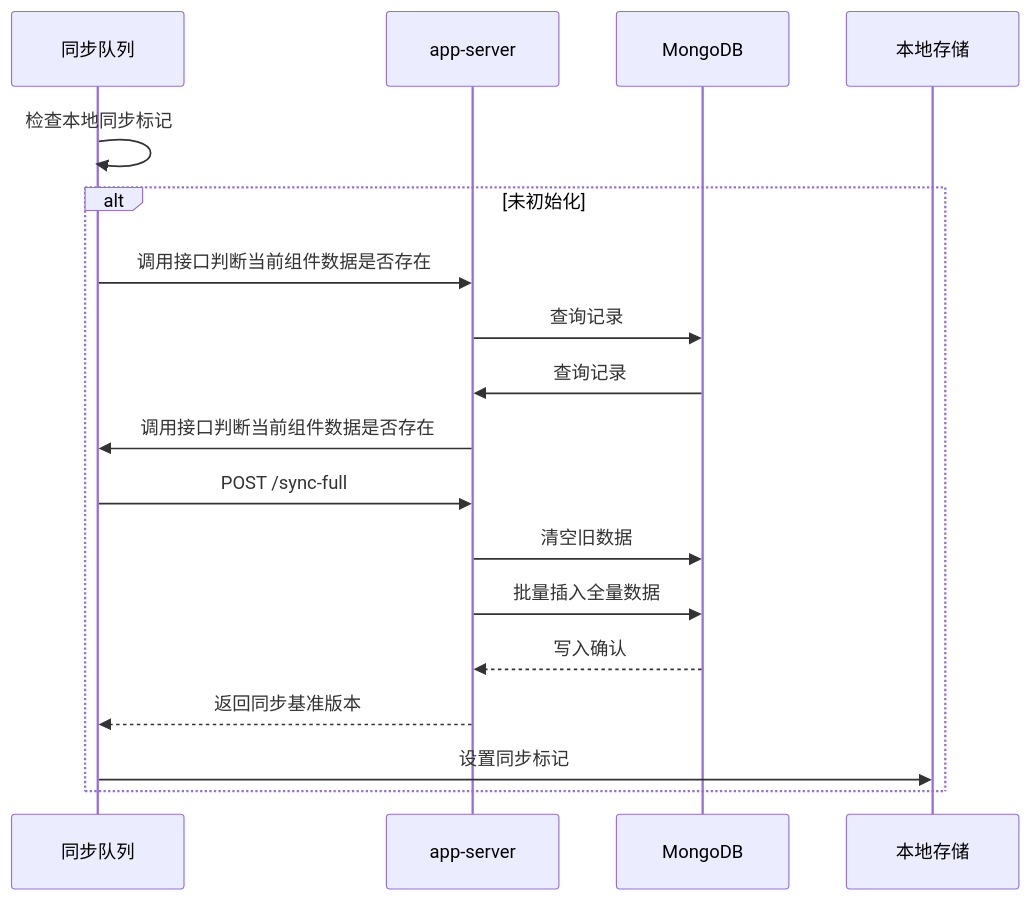
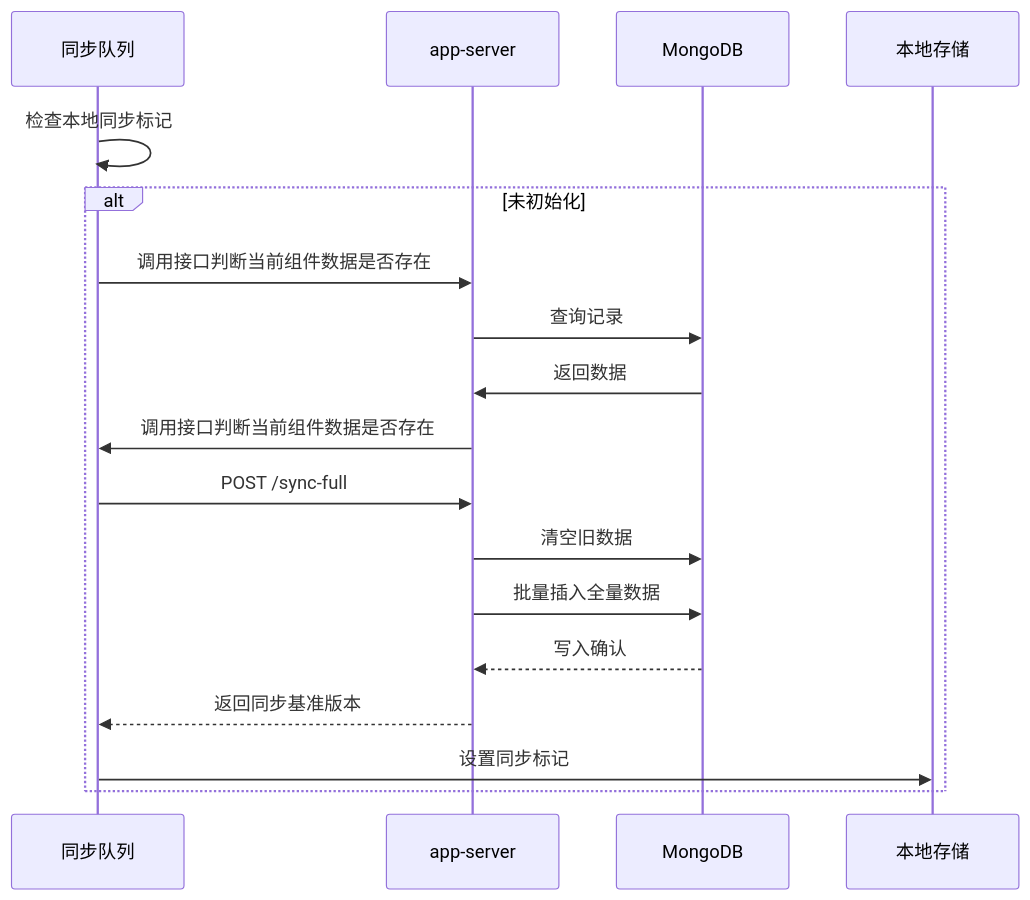
The diagram in all/未命名-24.md (yingjianzh/iodraw-files), drawn with Mermaid before and after one commit.

Commit message:
2025-02-21 18:27:11 update

````diff
--- a/all/未命名-24.md
+++ b/all/未命名-24.md
@@ -1,20 +1,20 @@
 ```mermaid
 sequenceDiagram
     participant 同步队列
     participant app-server
     participant MongoDB
 
     同步队列->>同步队列: 检查本地同步标记
     alt 未初始化
         同步队列->>app-server: 调用接口判断当前组件数据是否存在
         app-server->>MongoDB: 查询记录
-        MongoDB->>app-server: 查询记录
+        MongoDB->>app-server: 返回数据
         app-server->>同步队列: 调用接口判断当前组件数据是否存在
         同步队列->>app-server: POST /sync-full
         app-server->>MongoDB: 清空旧数据
         app-server->>MongoDB: 批量插入全量数据
         MongoDB-->>app-server: 写入确认
         app-server-->>同步队列: 返回同步基准版本
         同步队列->>本地存储: 设置同步标记
     end
 ```
````
